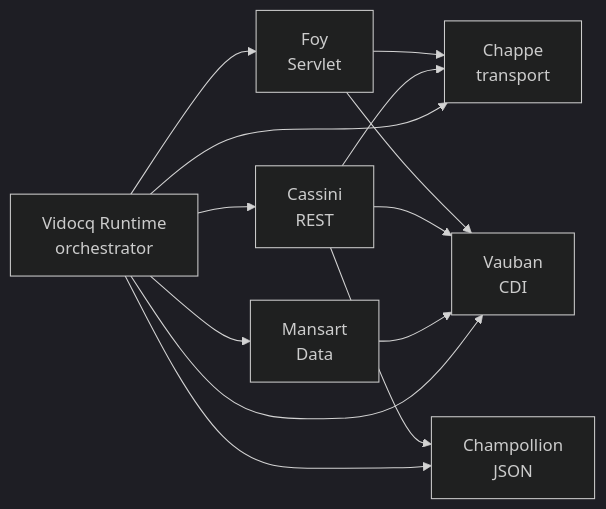
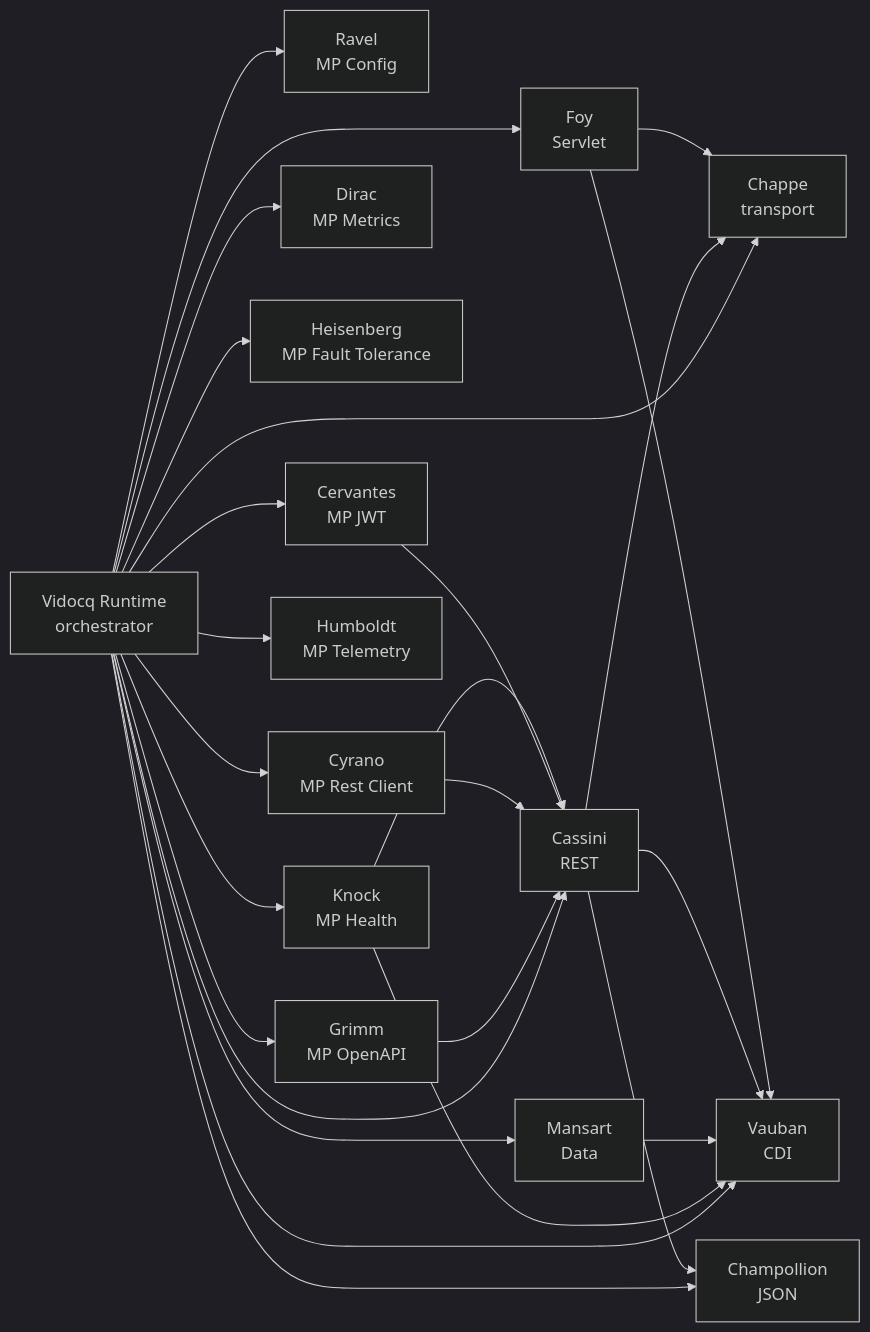
One commit to vidocq-stack/vidocq-docs changed the second of 2 diagrams in content/home-en/modules/ROOT/pages/architecture.adoc. Above: the diagram before and after it, drawn with Mermaid (dark theme). The commit also changed other lines of this file and 5 other files, not shown here.

```diff
--- a/content/home-en/modules/ROOT/pages/architecture.adoc
+++ b/content/home-en/modules/ROOT/pages/architecture.adoc
@@ -63,24 +63,45 @@
 [mermaid]
 ....
 flowchart LR
     CHAPPE[Chappe<br/>transport]
     VAUBAN[Vauban<br/>CDI]
     CHAMPOLLION[Champollion<br/>JSON]
     FOY[Foy<br/>Servlet]
     CASSINI[Cassini<br/>REST]
     MANSART[Mansart<br/>Data]
+    RAVEL[Ravel<br/>MP Config]
+    KNOCK[Knock<br/>MP Health]
+    DIRAC[Dirac<br/>MP Metrics]
+    HEISENBERG[Heisenberg<br/>MP Fault Tolerance]
+    CERVANTES[Cervantes<br/>MP JWT]
+    CYRANO[Cyrano<br/>MP Rest Client]
+    HUMBOLDT[Humboldt<br/>MP Telemetry]
+    GRIMM[Grimm<br/>MP OpenAPI]
     VIDOCQ[Vidocq Runtime<br/>orchestrator]
 
     FOY --> CHAPPE
     FOY --> VAUBAN
     CASSINI --> CHAPPE
     CASSINI --> VAUBAN
     CASSINI --> CHAMPOLLION
     MANSART --> VAUBAN
+    KNOCK --> CASSINI
+    KNOCK --> VAUBAN
+    CERVANTES --> CASSINI
+    CYRANO --> CASSINI
+    GRIMM --> CASSINI
     VIDOCQ --> FOY
     VIDOCQ --> CASSINI
     VIDOCQ --> VAUBAN
     VIDOCQ --> CHAMPOLLION
     VIDOCQ --> CHAPPE
     VIDOCQ --> MANSART
+    VIDOCQ --> RAVEL
+    VIDOCQ --> KNOCK
+    VIDOCQ --> DIRAC
+    VIDOCQ --> HEISENBERG
+    VIDOCQ --> CERVANTES
+    VIDOCQ --> CYRANO
+    VIDOCQ --> HUMBOLDT
+    VIDOCQ --> GRIMM
 ....
```
